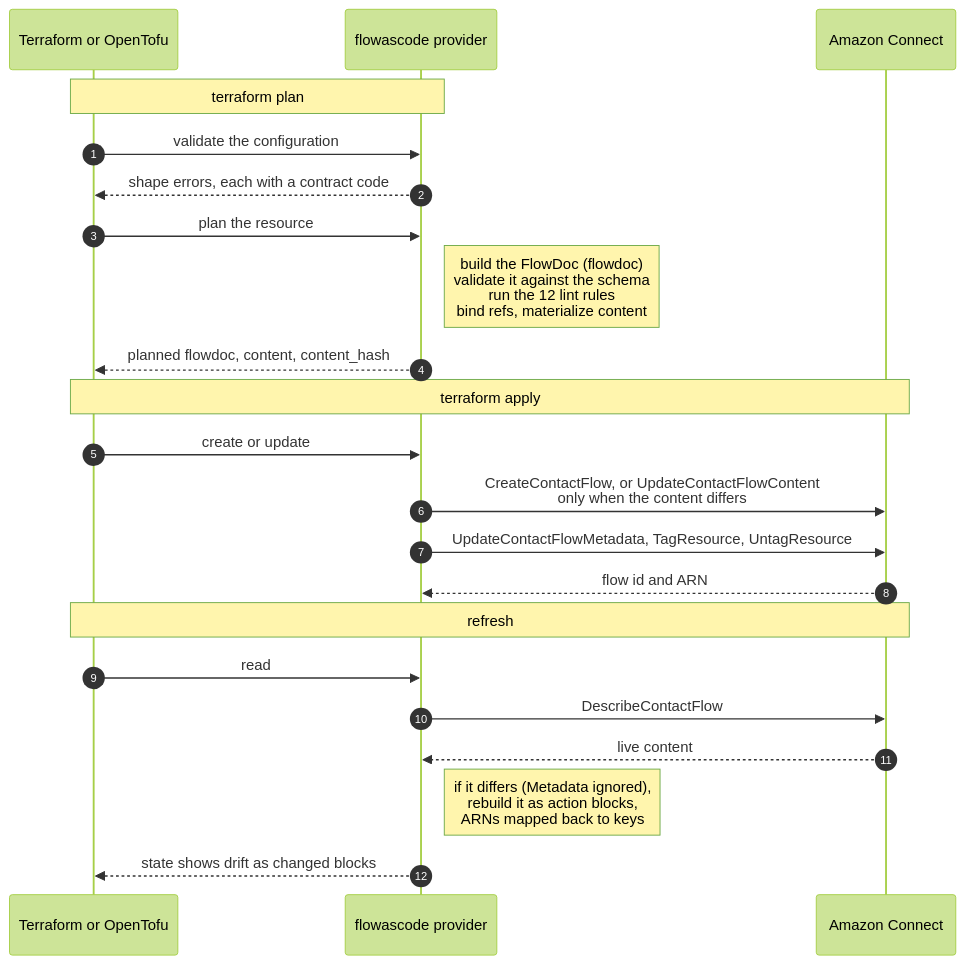
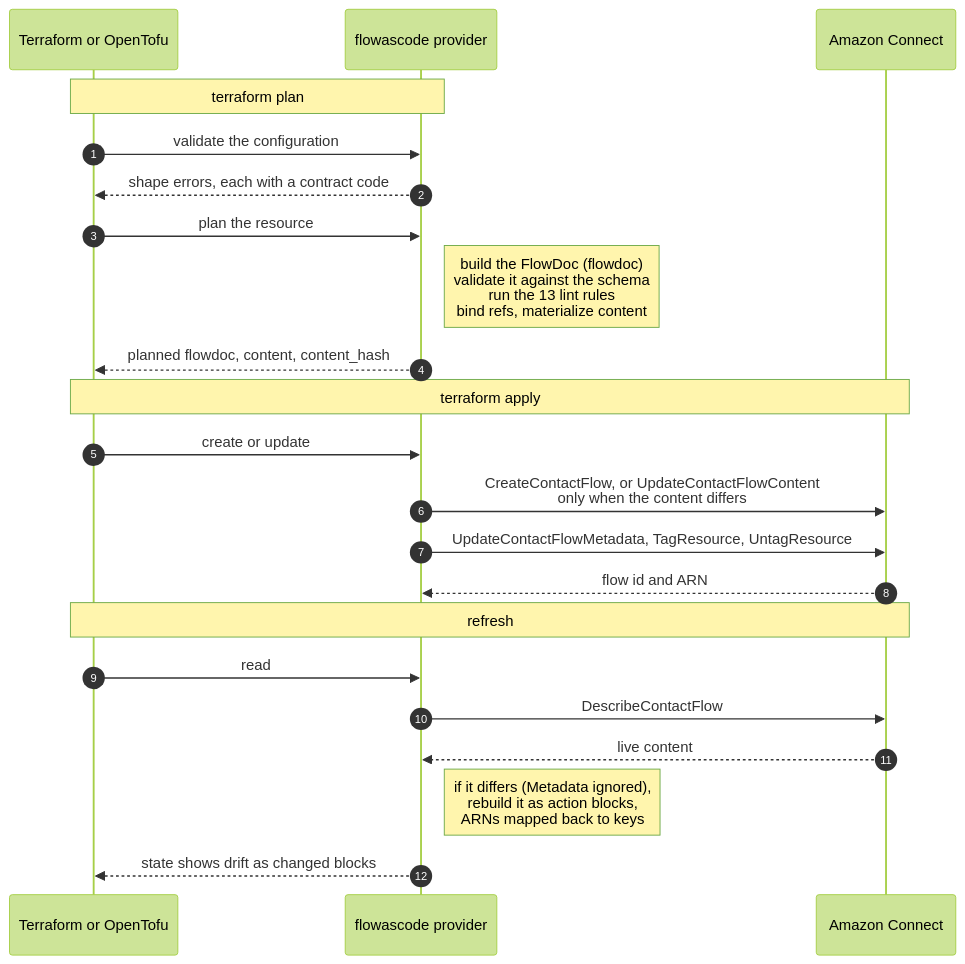
One commit to flow-as-code/terraform-provider-flowascode changed the second of 5 diagrams in README.md. Above: the diagram before and after it, drawn with Mermaid (forest theme). The commit also changed 24 other files, not shown here.

First line of the commit message:
feat(lint): vendor flow-as-code d709ab7 and port next-action-required

````diff
--- a/README.md
+++ b/README.md
@@ -105,27 +105,27 @@
 ```mermaid
 sequenceDiagram
   autonumber
   participant TF as Terraform or OpenTofu
   participant P as flowascode provider
   participant C as Amazon Connect
 
   Note over TF,P: terraform plan
   TF->>P: validate the configuration
   P-->>TF: shape errors, each with a contract code
   TF->>P: plan the resource
-  Note right of P: build the FlowDoc (flowdoc)<br/>validate it against the schema<br/>run the 12 lint rules<br/>bind refs, materialize content
+  Note right of P: build the FlowDoc (flowdoc)<br/>validate it against the schema<br/>run the 13 lint rules<br/>bind refs, materialize content
   P-->>TF: planned flowdoc, content, content_hash
 
   Note over TF,C: terraform apply
   TF->>P: create or update
   P->>C: CreateContactFlow, or UpdateContactFlowContent<br/>only when the content differs
   P->>C: UpdateContactFlowMetadata, TagResource, UntagResource
   C-->>P: flow id and ARN
 
   Note over TF,C: refresh
   TF->>P: read
   P->>C: DescribeContactFlow
   C-->>P: live content
   Note right of P: if it differs (Metadata ignored),<br/>rebuild it as action blocks,<br/>ARNs mapped back to keys
   P-->>TF: state shows drift as changed blocks
 ```
````
